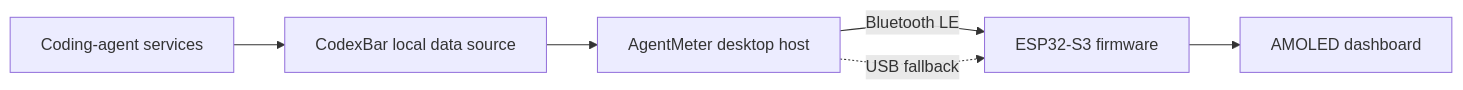
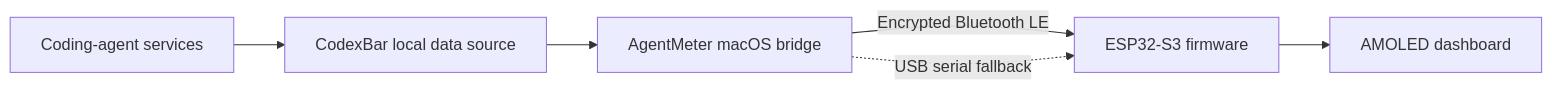
The diagram in README.md (prabhavalabs/agentmeter), drawn with Mermaid before and after one commit. The commit also changed other lines of this file and 47 other files, not shown here.

````diff
--- a/README.md
+++ b/README.md
@@ -26,8 +25,8 @@
 ```mermaid
 flowchart LR
     A["Coding-agent services"] --> B["CodexBar local data source"]
-    B --> C["AgentMeter desktop host"]
-    C -->|"Bluetooth LE"| D["ESP32-S3 firmware"]
-    C -.->|"USB fallback"| D
+    B --> C["AgentMeter macOS bridge"]
+    C -->|"Encrypted Bluetooth LE"| D["ESP32-S3 firmware"]
+    C -.->|"USB serial fallback"| D
     D --> E["AMOLED dashboard"]
 ```
````
